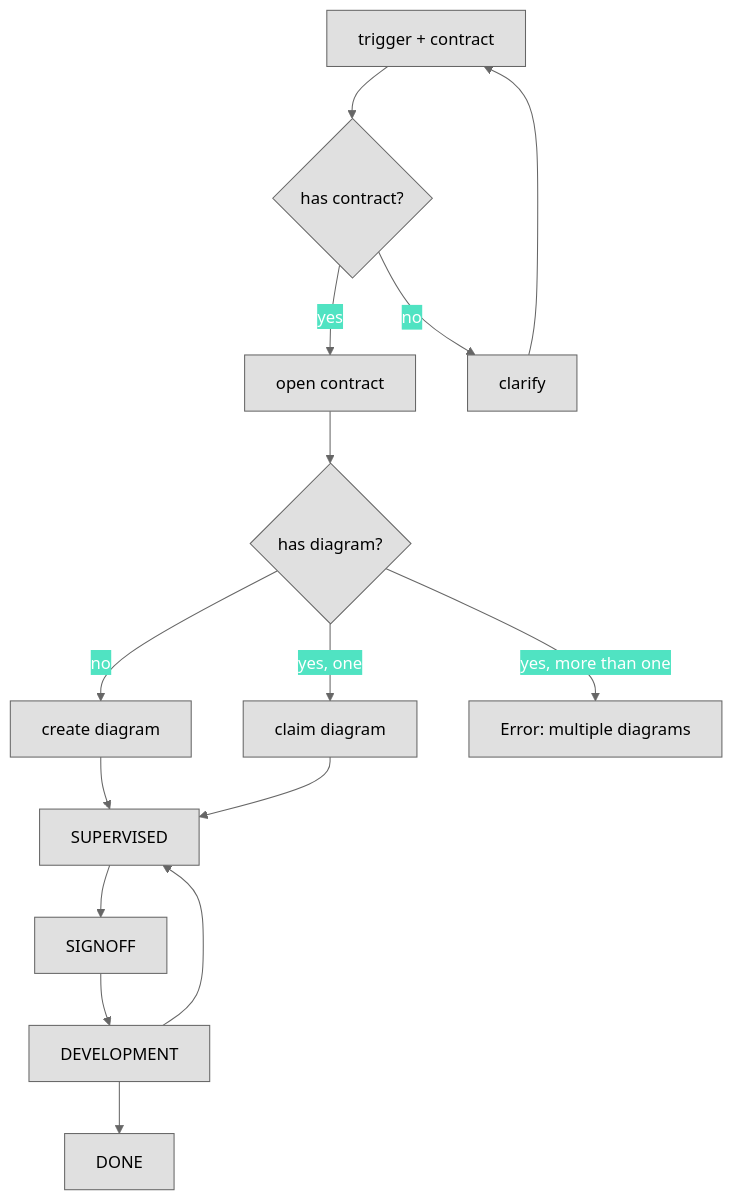
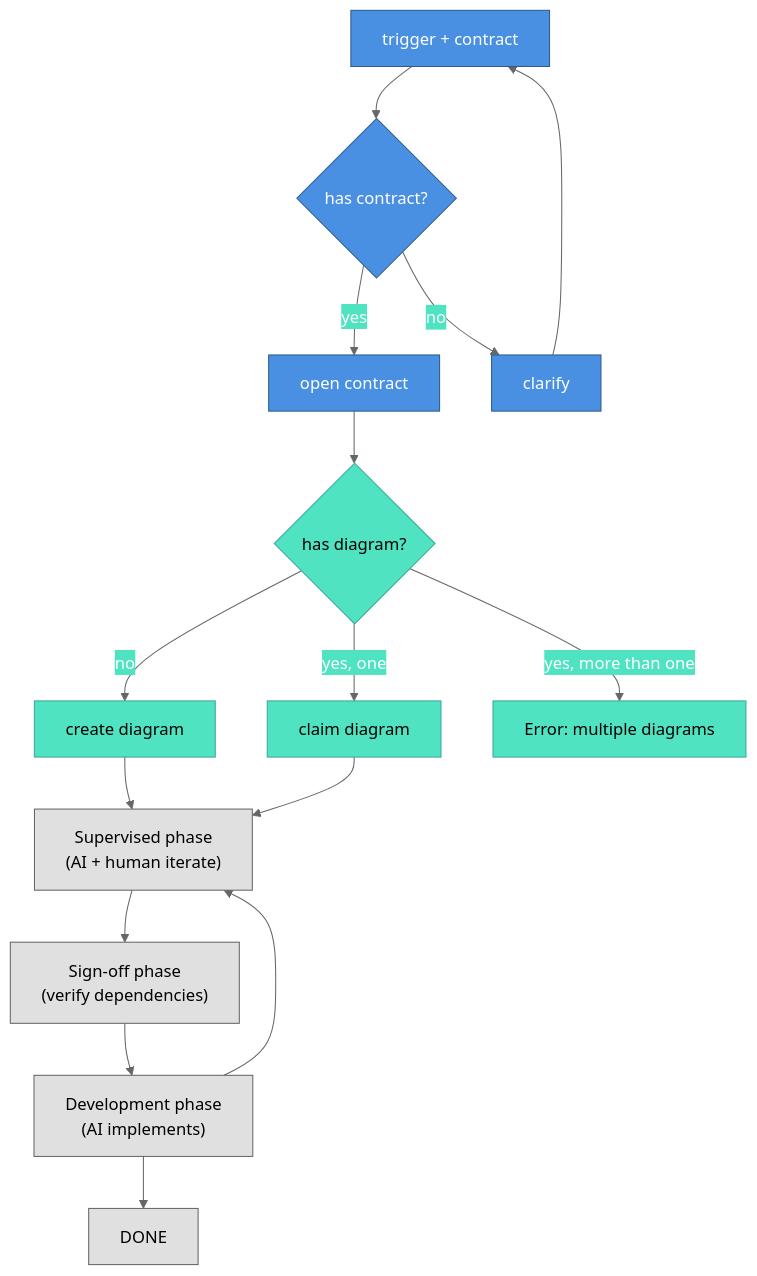
The diagram in contract-diagram/SKILL.md (nonlinear/skills), drawn with Mermaid before and after one commit.

Commit message:
Add phase notes (line breaks) + node status: approved (blue) + developed (green)

````diff
--- a/contract-diagram/SKILL.md
+++ b/contract-diagram/SKILL.md
@@ -14,37 +14,42 @@
 ```mermaid
 %%{init: {'theme':'base','themeVariables':{'primaryColor':'#4A90E2','primaryTextColor':'#fff','primaryBorderColor':'#2E5C8A','lineColor':'#666','secondaryColor':'#50E3C2','tertiaryColor':'#FFD700'}}}%%
 flowchart TD
     TRIGGER["trigger + contract"]
     CHECK_CONTRACT{"has contract?"}
     OPEN["open contract"]
     CLARIFY["clarify"]
     CHECK_DIAGRAM{"has diagram?"}
     CREATE["create diagram"]
     CLAIM["claim diagram"]
     ERROR["Error: multiple diagrams"]
     
-    SUPERVISED["SUPERVISED"]
-    SIGNOFF["SIGNOFF"]
-    DEVELOPMENT["DEVELOPMENT"]
+    SUPERVISED["Supervised phase<br/>(AI + human iterate)"]
+    SIGNOFF["Sign-off phase<br/>(verify dependencies)"]
+    DEVELOPMENT["Development phase<br/>(AI implements)"]
     DONE["DONE"]
     
     TRIGGER --> CHECK_CONTRACT
     CHECK_CONTRACT -->|yes| OPEN
     CHECK_CONTRACT -->|no| CLARIFY
     CLARIFY --> TRIGGER
     
     OPEN --> CHECK_DIAGRAM
     CHECK_DIAGRAM -->|no| CREATE
     CHECK_DIAGRAM -->|yes, one| CLAIM
     CHECK_DIAGRAM -->|yes, more than one| ERROR
     
     CREATE --> SUPERVISED
     CLAIM --> SUPERVISED
     SUPERVISED --> SIGNOFF
     SIGNOFF --> DEVELOPMENT
     DEVELOPMENT --> SUPERVISED
     DEVELOPMENT --> DONE
     
     classDef default fill:#e0e0e0,stroke:#666,color:#000
-    class TRIGGER,CHECK_CONTRACT,OPEN,CLARIFY,CHECK_DIAGRAM,CREATE,CLAIM,ERROR,SUPERVISED,SIGNOFF,DEVELOPMENT,DONE default
+    classDef approved fill:#4A90E2,stroke:#2E5C8A,color:#fff
+    classDef developed fill:#50E3C2,stroke:#3aa89e,color:#000
+    
+    class TRIGGER,CHECK_CONTRACT,OPEN,CLARIFY approved
+    class CHECK_DIAGRAM,CREATE,CLAIM,ERROR developed
+    class SUPERVISED,SIGNOFF,DEVELOPMENT,DONE default
 ```
````
